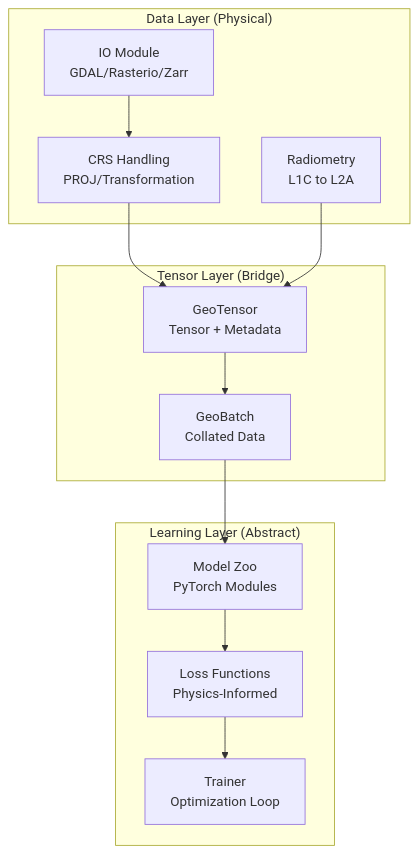
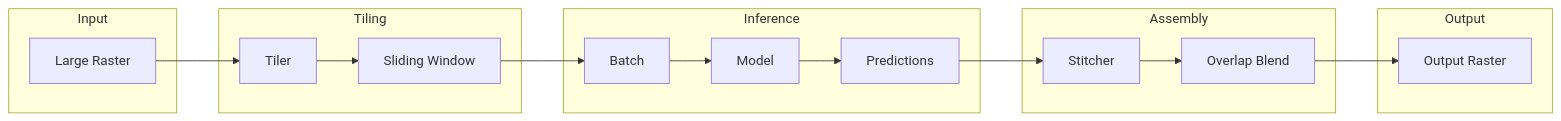
Before and after one commit to Bejeee11/ununennium: the sixth of 6 diagrams in docs/architecture/overview.md, drawn with Mermaid. The commit also changed other lines of this file and 114 other files, not shown here.

````diff
--- a/docs/architecture/overview.md
+++ b/docs/architecture/overview.md
@@ -7,27 +281,35 @@
 ```mermaid
-graph TD
-    subgraph "Data Layer (Physical)"
-        IO[IO Module<br>GDAL/Rasterio/Zarr]
-        CRS[CRS Handling<br>PROJ/Transformation]
-        Physical[Radiometry<br>L1C to L2A]
+graph LR
+    subgraph "Input"
+        IMG[Large Raster]
     end
-
-    subgraph "Tensor Layer (Bridge)"
-        GeoBatch[GeoBatch<br>Collated Data]
-        GeoTensor[GeoTensor<br>Tensor + Metadata]
+    
+    subgraph "Tiling"
+        TILE[Tiler]
+        WIN[Sliding Window]
     end
-
-    subgraph "Learning Layer (Abstract)"
-        Model[Model Zoo<br>PyTorch Modules]
-        Loss[Loss Functions<br>Physics-Informed]
-        Train[Trainer<br>Optimization Loop]
+    
+    subgraph "Inference"
+        BATCH[Batch]
+        MODEL[Model]
+        PRED[Predictions]
     end
-
-    IO --> CRS
-    CRS --> GeoTensor
-    Physical --> GeoTensor
-    GeoTensor --> GeoBatch
-    GeoBatch --> Model
-    Model --> Loss
-    Loss --> Train
+    
+    subgraph "Assembly"
+        STITCH[Stitcher]
+        BLEND[Overlap Blend]
+    end
+    
+    subgraph "Output"
+        OUT[Output Raster]
+    end
+    
+    IMG --> TILE
+    TILE --> WIN
+    WIN --> BATCH
+    BATCH --> MODEL
+    MODEL --> PRED
+    PRED --> STITCH
+    STITCH --> BLEND
+    BLEND --> OUT
 ```
````
